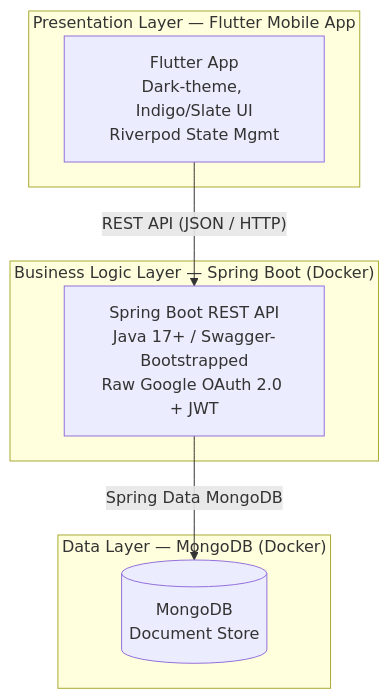
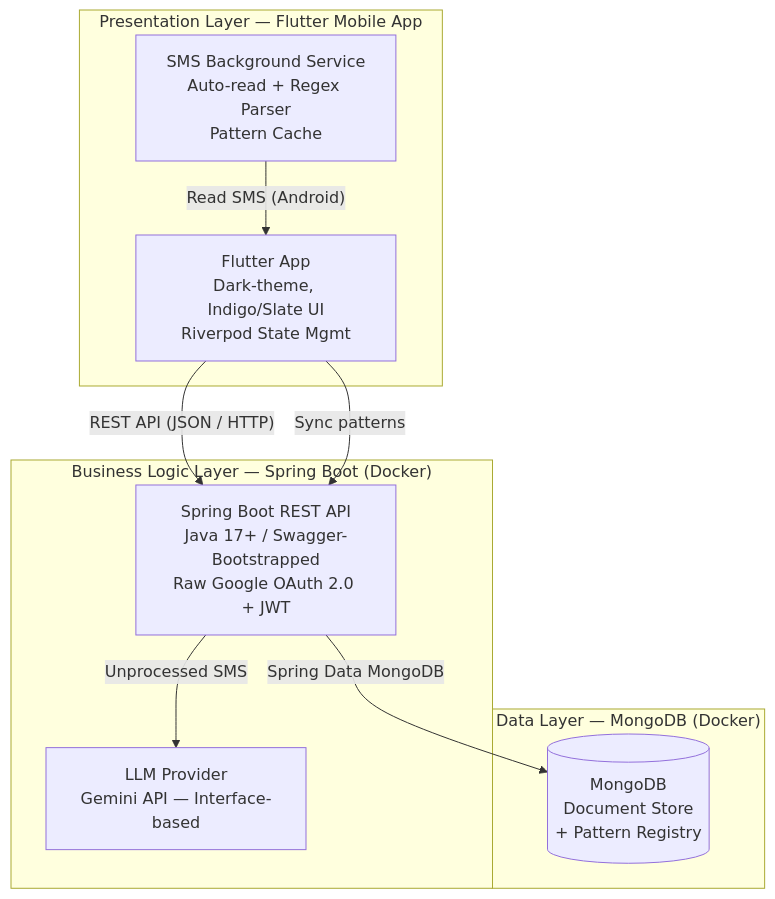
The first of 3 diagrams in plans/development_plan.md (jayy2kok/budgetly), drawn with Mermaid before and after one commit. The commit also changed other lines of this file and 5 other files, not shown here.

First line of the commit message:
feat: redesign SMS parsing architecture — hybrid regex + LLM fallback

````diff
--- a/plans/development_plan.md
+++ b/plans/development_plan.md
@@ -9,17 +9,22 @@
 ```mermaid
 graph TB
     subgraph "Presentation Layer — Flutter Mobile App"
         A[Flutter App<br/>Dark-theme, Indigo/Slate UI<br/>Riverpod State Mgmt]
+        S[SMS Background Service<br/>Auto-read + Regex Parser<br/>Pattern Cache]
     end
 
     subgraph "Business Logic Layer — Spring Boot (Docker)"
         B[Spring Boot REST API<br/>Java 17+ / Swagger-Bootstrapped<br/>Raw Google OAuth 2.0 + JWT]
+        L[LLM Provider<br/>Gemini API — Interface-based]
     end
 
     subgraph "Data Layer — MongoDB (Docker)"
-        C[(MongoDB<br/>Document Store)]
+        C[(MongoDB<br/>Document Store<br/>+ Pattern Registry)]
     end
 
+    S -- "Read SMS (Android)" --> A
     A -- "REST API (JSON / HTTP)" --> B
+    A -- "Sync patterns" --> B
+    B -- "Unprocessed SMS" --> L
     B -- "Spring Data MongoDB" --> C
 ```
````
